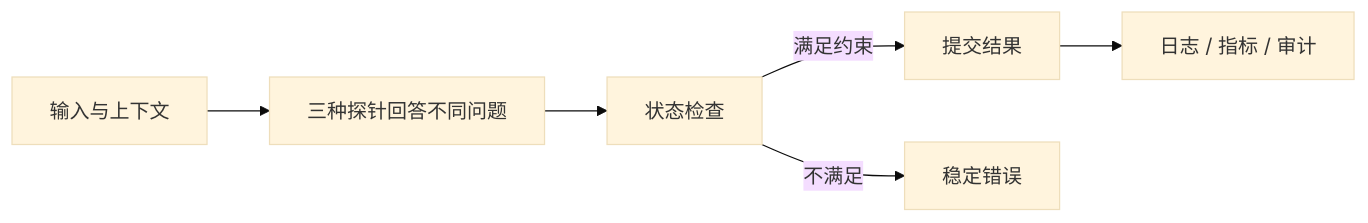
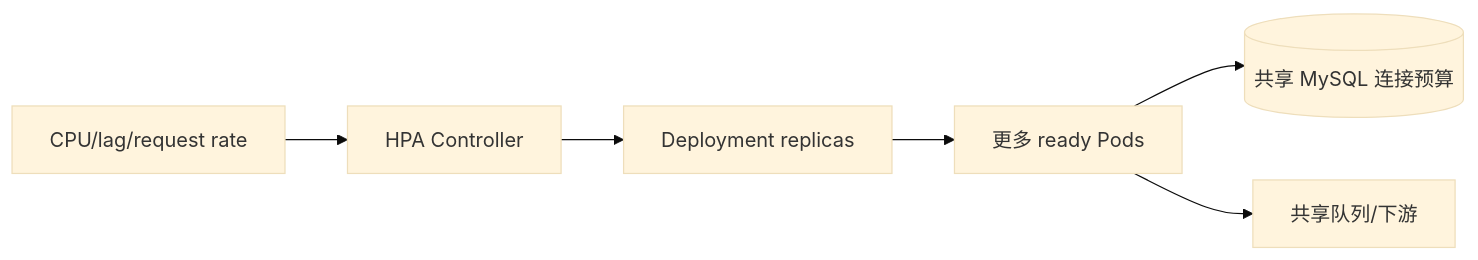
The diagram in docs/backend/kubernetes-probes-resources-hpa-debugging.md (upJiang/jiang-blog-vitepress), drawn with Mermaid (base theme) before and after one commit. The commit also changed other lines of this file and 341 other files, not shown here.

````diff
--- a/docs/backend/kubernetes-probes-resources-hpa-debugging.md
+++ b/docs/backend/kubernetes-probes-resources-hpa-debugging.md
@@ -35,8 +78,8 @@
 ```mermaid
 flowchart LR
-  A[输入与上下文] --> B[三种探针回答不同问题]
-  B --> C[状态检查]
-  C -->|满足约束| D[提交结果]
-  C -->|不满足| E[稳定错误]
-  D --> F[日志 / 指标 / 审计]
+  METRIC[CPU/lag/request rate] --> HPA[HPA Controller]
+  HPA --> DEP[Deployment replicas]
+  DEP --> PODS[更多 ready Pods]
+  PODS --> DB[(共享 MySQL 连接预算)]
+  PODS --> MQ[共享队列/下游]
 ```
````
